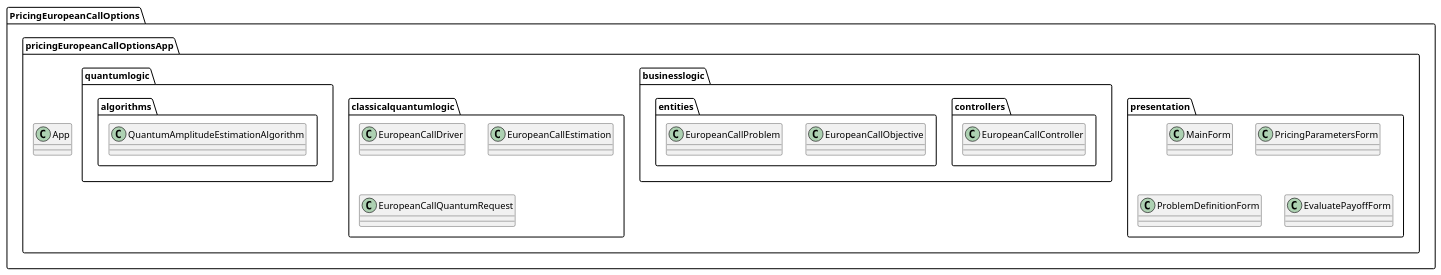
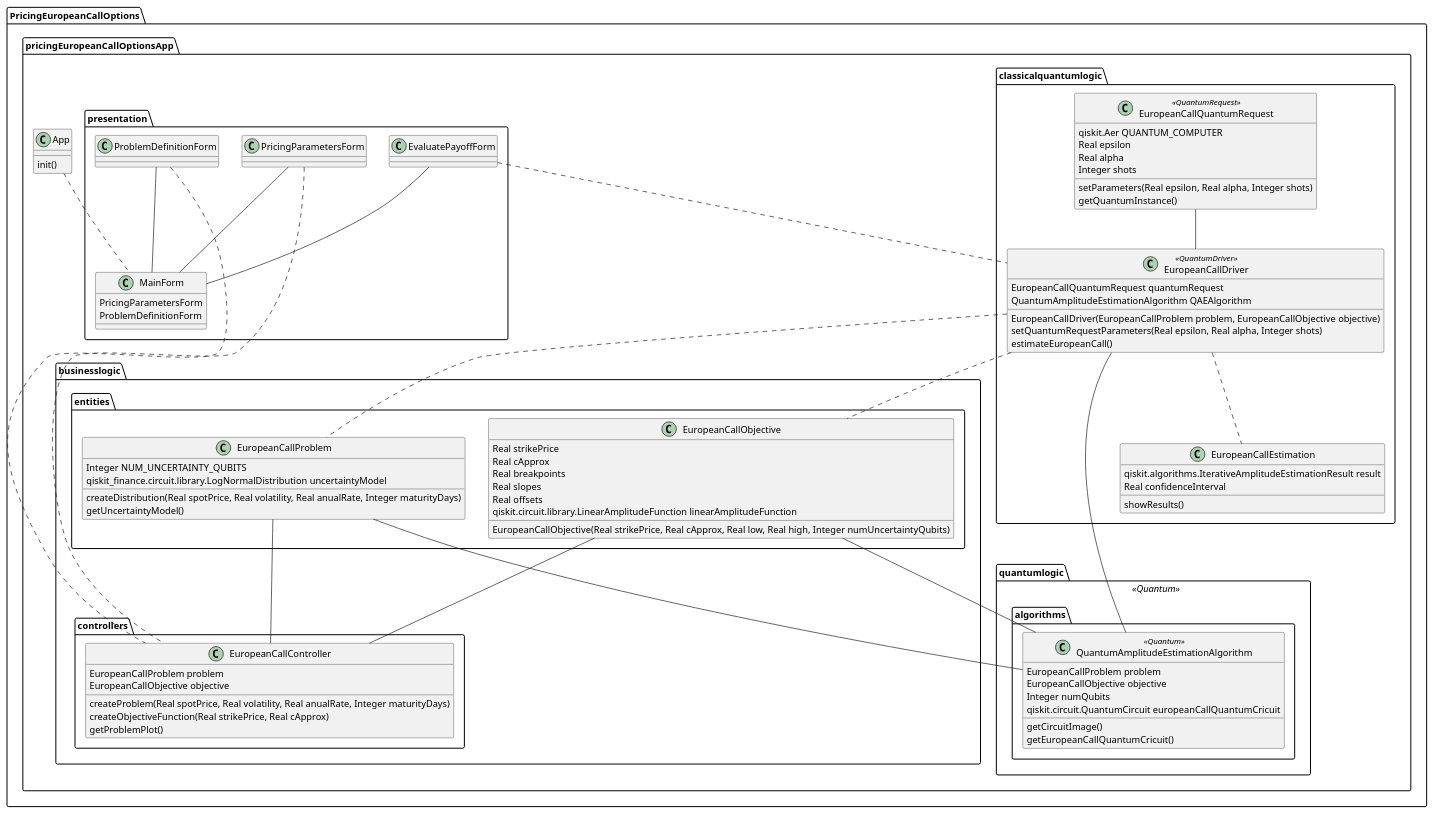
The diagram in temp/plantuml/PricingEuropeanCallOptions.puml (ivyncm/PythonGenerator), drawn with PlantUML before and after one commit. The commit also changed other lines of this file and 6 other files, not shown here.

Commit message:
Añadidos atributos, operaciones, relaciones y estereotipos a imagen de diagramas de clases uml

```diff
--- a/temp/plantuml/PricingEuropeanCallOptions.puml
+++ b/temp/plantuml/PricingEuropeanCallOptions.puml
@@ -1,42 +1,109 @@
 \startuml
-package PricingEuropeanCallOptions.pricingEuropeanCallOptionsApp{
-	class PricingEuropeanCallOptions.pricingEuropeanCallOptionsApp.App{
+package PricingEuropeanCallOptions.pricingEuropeanCallOptionsApp {
+	class PricingEuropeanCallOptions.pricingEuropeanCallOptionsApp.App {
+		
+		init()
 	}
 }
-package PricingEuropeanCallOptions.pricingEuropeanCallOptionsApp.presentation{
-	class PricingEuropeanCallOptions.pricingEuropeanCallOptionsApp.presentation.MainForm{
+package PricingEuropeanCallOptions.pricingEuropeanCallOptionsApp.presentation {
+	class PricingEuropeanCallOptions.pricingEuropeanCallOptionsApp.presentation.MainForm {
+		PricingParametersForm 
+		ProblemDefinitionForm 
+		
 	}
-	class PricingEuropeanCallOptions.pricingEuropeanCallOptionsApp.presentation.PricingParametersForm{
+	class PricingEuropeanCallOptions.pricingEuropeanCallOptionsApp.presentation.PricingParametersForm {
+		
 	}
-	class PricingEuropeanCallOptions.pricingEuropeanCallOptionsApp.presentation.ProblemDefinitionForm{
+	class PricingEuropeanCallOptions.pricingEuropeanCallOptionsApp.presentation.ProblemDefinitionForm {
+		
 	}
-	class PricingEuropeanCallOptions.pricingEuropeanCallOptionsApp.presentation.EvaluatePayoffForm{
+	class PricingEuropeanCallOptions.pricingEuropeanCallOptionsApp.presentation.EvaluatePayoffForm {
+		
 	}
 }
-package PricingEuropeanCallOptions.pricingEuropeanCallOptionsApp.businesslogic{
+package PricingEuropeanCallOptions.pricingEuropeanCallOptionsApp.businesslogic {
 }
-package PricingEuropeanCallOptions.pricingEuropeanCallOptionsApp.businesslogic.controllers{
-	class PricingEuropeanCallOptions.pricingEuropeanCallOptionsApp.businesslogic.controllers.EuropeanCallController{
+package PricingEuropeanCallOptions.pricingEuropeanCallOptionsApp.businesslogic.controllers {
+	class PricingEuropeanCallOptions.pricingEuropeanCallOptionsApp.businesslogic.controllers.EuropeanCallController {
+		EuropeanCallProblem problem
+		EuropeanCallObjective objective
+		
+		createProblem(Real spotPrice, Real volatility, Real anualRate, Integer maturityDays)
+		createObjectiveFunction(Real strikePrice, Real cApprox)
+		getProblemPlot()
 	}
 }
-package PricingEuropeanCallOptions.pricingEuropeanCallOptionsApp.businesslogic.entities{
-	class PricingEuropeanCallOptions.pricingEuropeanCallOptionsApp.businesslogic.entities.EuropeanCallObjective{
+package PricingEuropeanCallOptions.pricingEuropeanCallOptionsApp.businesslogic.entities {
+	class PricingEuropeanCallOptions.pricingEuropeanCallOptionsApp.businesslogic.entities.EuropeanCallObjective {
+		Real strikePrice
+		Real cApprox
+		Real breakpoints
+		Real slopes
+		Real offsets
+		qiskit.circuit.library.LinearAmplitudeFunction linearAmplitudeFunction
+		
+		EuropeanCallObjective(Real strikePrice, Real cApprox, Real low, Real high, Integer numUncertaintyQubits)
 	}
-	class PricingEuropeanCallOptions.pricingEuropeanCallOptionsApp.businesslogic.entities.EuropeanCallProblem{
+	class PricingEuropeanCallOptions.pricingEuropeanCallOptionsApp.businesslogic.entities.EuropeanCallProblem {
+		Integer NUM_UNCERTAINTY_QUBITS
+		qiskit_finance.circuit.library.LogNormalDistribution uncertaintyModel
+		
+		createDistribution(Real spotPrice, Real volatility, Real anualRate, Integer maturityDays)
+		getUncertaintyModel()
 	}
 }
-package PricingEuropeanCallOptions.pricingEuropeanCallOptionsApp.classicalquantumlogic{
-	class PricingEuropeanCallOptions.pricingEuropeanCallOptionsApp.classicalquantumlogic.EuropeanCallDriver{
+package PricingEuropeanCallOptions.pricingEuropeanCallOptionsApp.classicalquantumlogic {
+	class PricingEuropeanCallOptions.pricingEuropeanCallOptionsApp.classicalquantumlogic.EuropeanCallDriver << QuantumDriver >> {
+		EuropeanCallQuantumRequest quantumRequest
+		QuantumAmplitudeEstimationAlgorithm QAEAlgorithm
+		
+		EuropeanCallDriver(EuropeanCallProblem problem, EuropeanCallObjective objective)
+		setQuantumRequestParameters(Real epsilon, Real alpha, Integer shots)
+		estimateEuropeanCall()
 	}
-	class PricingEuropeanCallOptions.pricingEuropeanCallOptionsApp.classicalquantumlogic.EuropeanCallEstimation{
+	class PricingEuropeanCallOptions.pricingEuropeanCallOptionsApp.classicalquantumlogic.EuropeanCallEstimation {
+		qiskit.algorithms.IterativeAmplitudeEstimationResult result
+		Real confidenceInterval
+		
+		showResults()
 	}
-	class PricingEuropeanCallOptions.pricingEuropeanCallOptionsApp.classicalquantumlogic.EuropeanCallQuantumRequest{
+	class PricingEuropeanCallOptions.pricingEuropeanCallOptionsApp.classicalquantumlogic.EuropeanCallQuantumRequest << QuantumRequest >> {
+		qiskit.Aer QUANTUM_COMPUTER
+		Real epsilon
+		Real alpha
+		Integer shots
+		
+		setParameters(Real epsilon, Real alpha, Integer shots)
+		getQuantumInstance()
 	}
 }
-package PricingEuropeanCallOptions.pricingEuropeanCallOptionsApp.quantumlogic{
+package PricingEuropeanCallOptions.pricingEuropeanCallOptionsApp.quantumlogic << Quantum >> {
 }
-package PricingEuropeanCallOptions.pricingEuropeanCallOptionsApp.quantumlogic.algorithms{
-	class PricingEuropeanCallOptions.pricingEuropeanCallOptionsApp.quantumlogic.algorithms.QuantumAmplitudeEstimationAlgorithm{
+package PricingEuropeanCallOptions.pricingEuropeanCallOptionsApp.quantumlogic.algorithms {
+	class PricingEuropeanCallOptions.pricingEuropeanCallOptionsApp.quantumlogic.algorithms.QuantumAmplitudeEstimationAlgorithm << Quantum >> {
+		EuropeanCallProblem problem
+		EuropeanCallObjective objective
+		Integer numQubits
+		qiskit.circuit.QuantumCircuit europeanCallQuantumCricuit
+		
+		getCircuitImage()
+		getEuropeanCallQuantumCricuit()
 	}
 }
+PricingParametersForm .. EuropeanCallController
+ProblemDefinitionForm .. EuropeanCallController
+EvaluatePayoffForm .. EuropeanCallDriver
+EuropeanCallDriver .. EuropeanCallProblem
+EuropeanCallDriver .. EuropeanCallObjective
+EuropeanCallDriver .. EuropeanCallEstimation
+App .. MainForm
+PricingParametersForm -- MainForm
+ProblemDefinitionForm -- MainForm
+EvaluatePayoffForm -- MainForm
+EuropeanCallProblem -- EuropeanCallController
+EuropeanCallObjective -- EuropeanCallController
+EuropeanCallQuantumRequest -- EuropeanCallDriver
+QuantumAmplitudeEstimationAlgorithm -- EuropeanCallDriver
+EuropeanCallProblem -- QuantumAmplitudeEstimationAlgorithm
+EuropeanCallObjective -- QuantumAmplitudeEstimationAlgorithm
 \enduml
```
